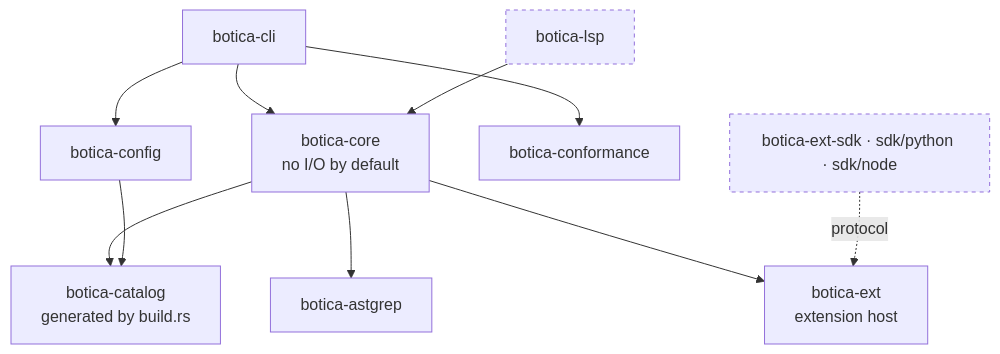
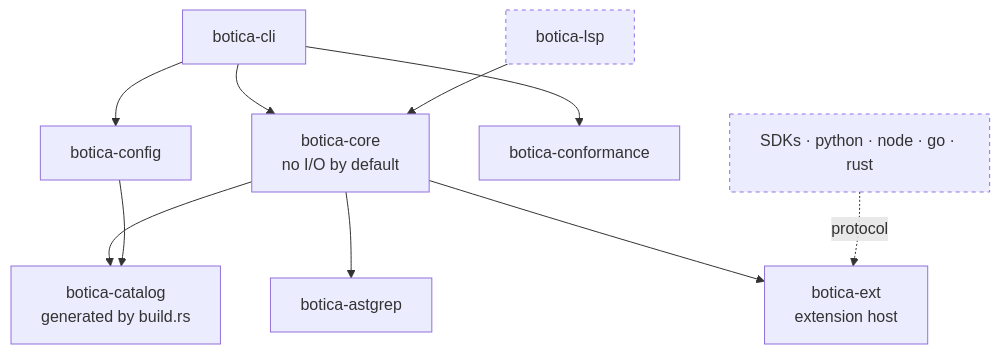
Before and after one commit to collectiveai-team/botica: the second of 2 diagrams in docs/adr/0003-botica-lint-architecture.md, drawn with Mermaid. The commit also changed other lines of this file, not shown here.

Commit message:
docs(adr): name the Python SDK botica[sdk], plan the SDKs of TypeScript, Go and Rust, and run Go and Rust rules as WASM

````diff
--- a/docs/adr/0003-botica-lint-architecture.md
+++ b/docs/adr/0003-botica-lint-architecture.md
@@ -43,13 +43,13 @@
 ```mermaid
 flowchart TD
   cli[botica-cli] --> core
   cli --> config[botica-config]
   cli --> conformance[botica-conformance]
   lsp[botica-lsp]:::planned --> core
   core[botica-core<br/>no I/O by default] --> catalog[botica-catalog<br/>generated by build.rs]
   config --> catalog
   core --> astgrep[botica-astgrep]
   core --> ext[botica-ext<br/>extension host]
-  sdk[botica-ext-sdk · sdk/python · sdk/node]:::planned -. protocol .-> ext
+  sdk[SDKs · python · node · go · rust]:::planned -. protocol .-> ext
   classDef planned stroke-dasharray: 4 4
 ```
````
